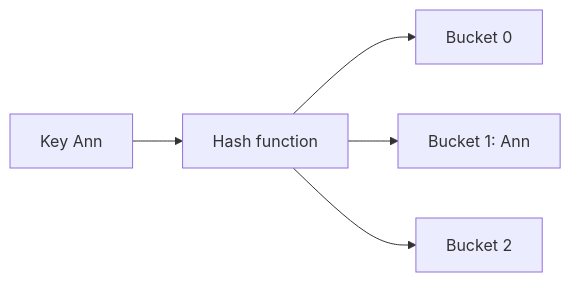
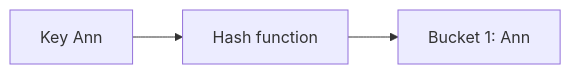
The tenth of 19 diagrams in ReadMe.md (xolghadr/dsa-guide), drawn with Mermaid before and after one commit. The commit also changed other lines of this file, not shown here.

````diff
--- a/ReadMe.md
+++ b/ReadMe.md
@@ -485,7 +511,5 @@
 ```mermaid
 flowchart LR
-    key[Key Ann] --> hash[Hash function]
-    hash --> b0[Bucket 0]
-    hash --> b1[Bucket 1: Ann]
-    hash --> b2[Bucket 2]
+    key["Key Ann"] --> hash["Hash function"]
+    hash --> b1["Bucket 1: Ann"]
 ```
````
